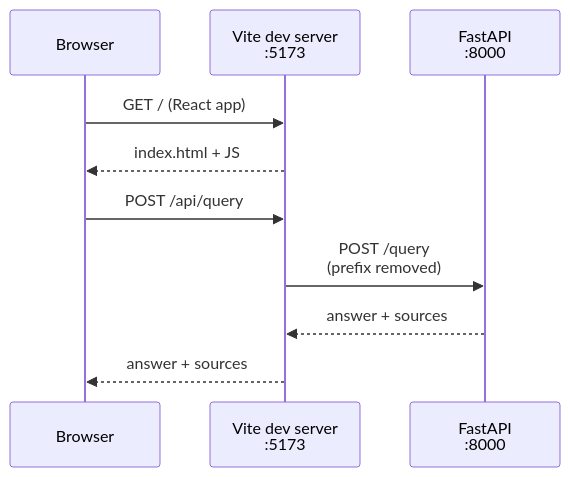
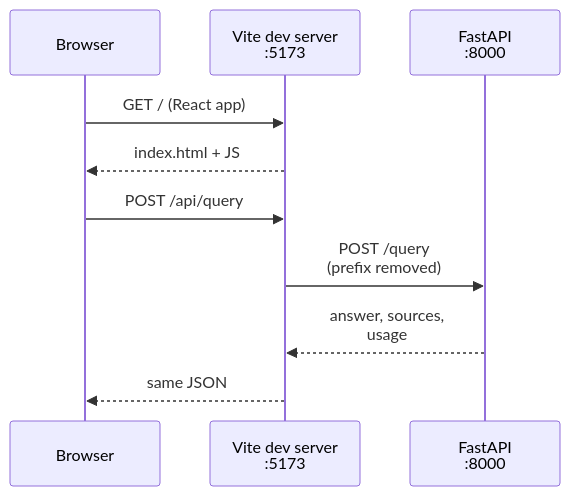
The diagram in 01. Naive RAG/04. UI/docs/01. UI Project Setup and Folder Structure.md (ajay-nikumbh/RAG-From-Basics-to-Production), drawn with Mermaid before and after one commit. The commit also changed other lines of this file and 10 other files, not shown here.

Commit message:
Refresh UI docs and add architecture overview, fix composer focus ring

````diff
--- a/01. Naive RAG/04. UI/docs/01. UI Project Setup and Folder Structure.md
+++ b/01. Naive RAG/04. UI/docs/01. UI Project Setup and Folder Structure.md
@@ -67,12 +84,12 @@
 ```mermaid
 sequenceDiagram
     participant B as Browser
     participant V as Vite dev server<br/>:5173
     participant F as FastAPI<br/>:8000
     B->>V: GET / (React app)
     V-->>B: index.html + JS
     B->>V: POST /api/query
     V->>F: POST /query<br/>(prefix removed)
-    F-->>V: answer + sources
-    V-->>B: answer + sources
+    F-->>V: answer, sources,<br/>usage
+    V-->>B: same JSON
 ```
````
